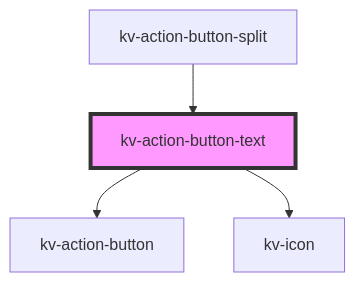
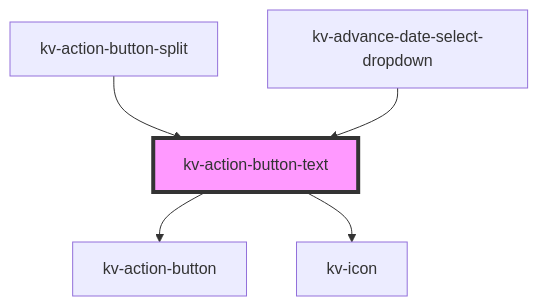
One commit to kelvininc/ui-components changed the diagram in packages/ui-components/src/components/action-button-text/readme.md. Above: the diagram before and after it, drawn with Mermaid. The commit also changed other lines of this file and 84 other files, not shown here.

First line of the commit message:
feat(advance-date-input): add `advance-date-input` component

````diff
--- a/packages/ui-components/src/components/action-button-text/readme.md
+++ b/packages/ui-components/src/components/action-button-text/readme.md
@@ -110,7 +111,8 @@
 ```mermaid
 graph TD;
   kv-action-button-text --> kv-action-button
   kv-action-button-text --> kv-icon
   kv-action-button-split --> kv-action-button-text
+  kv-advance-date-select-dropdown --> kv-action-button-text
   style kv-action-button-text fill:#f9f,stroke:#333,stroke-width:4px
 ```
````
